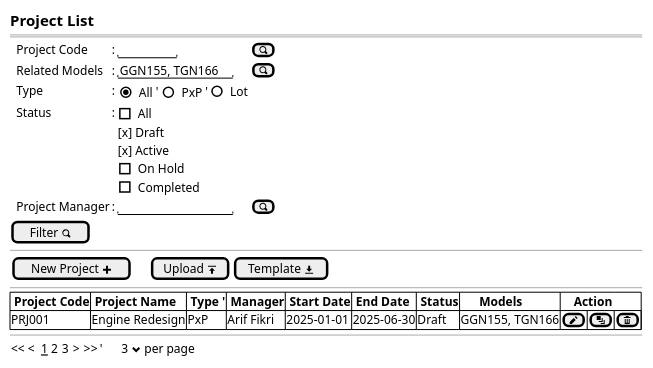
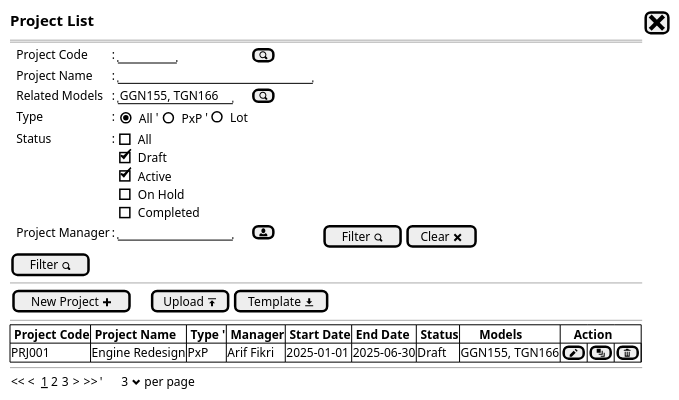
Before and after one commit to ari-fikri/packing-cost-mockup: the diagram in Project/project - new step0a.puml, drawn with PlantUML. The commit also changed 4 other files, not shown here.

Commit message:
- Add Clear filter button - Remove PM search button's caption

```diff
--- a/Project/project - new step0a.puml
+++ b/Project/project - new step0a.puml
@@ -1,35 +1,36 @@
 @startsalt
 {
-  <size:15><b>Project List
+  <size:15><b>Project List|[<size:25><&x>]|*
   ==
   {
     .|Project Code      |: |"       "|[<&magnifying-glass>]|*
+    .|Project Name      |: |"                        "|*    
     .|Related Models    |: |"GGN155, TGN166"| [<&magnifying-glass>]|*
     .|Type              |: {|{(X)All}   '|    {()PxP}        '|   ()Lot}
     .|Status |:|
     {
       [ ] All
-      [x] Draft
-      [x] Active
+      [X] Draft
+      [X] Active
       [ ] On Hold
       [ ] Completed
     }|*
-    .|Project Manager |: |"              "|[<&magnifying-glass>]|*
+    .|Project Manager |: |"              "|[<&person>]|.|[Filter <&magnifying-glass>]|[Clear <&x>]
   }
   [Filter <&magnifying-glass>]|
   .
   --
   {
-  [New Project <&plus>]||.|.|.|[Upload <&data-transfer-upload>]| [Template <&data-transfer-download>]|*
+  [New Project <&plus>]|.|.|.|[Upload <&data-transfer-upload>]| [Template <&data-transfer-download>]|*
   }
   --
   {#
     |<b> Project Code    |<b> Project Name          |<b> Type '|<b> Manager         |<b> Start Date |<b> End Date   |<b> Status     |<b>      Models     |<b>    Action |*|*|*|*|*|*|*
     | PRJ001            | Engine Redesign           |PxP    | Arif Fikri         | 2025-01-01    | 2025-06-30    | Draft         | GGN155, TGN166     |[<&pencil>]|[<&layers>]|[<&trash>]|*
   }
   --
   {
   << <  __1__ 2 3  > >>  |'      3 <&chevron-bottom> per page |*
   }
 }
 @endsalt
```
